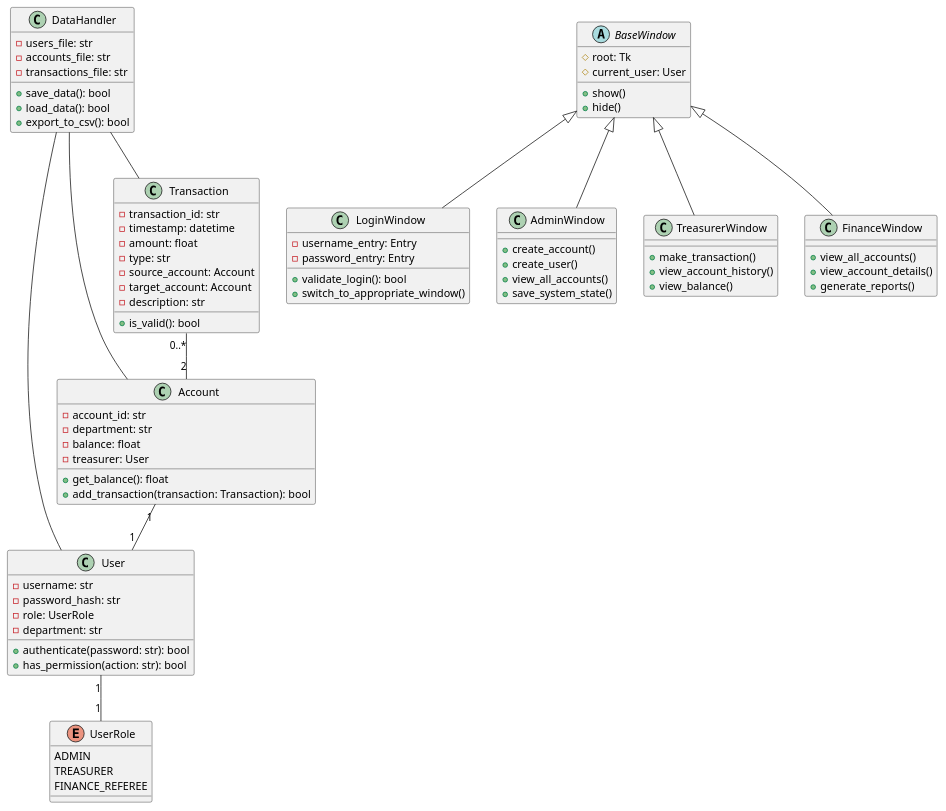
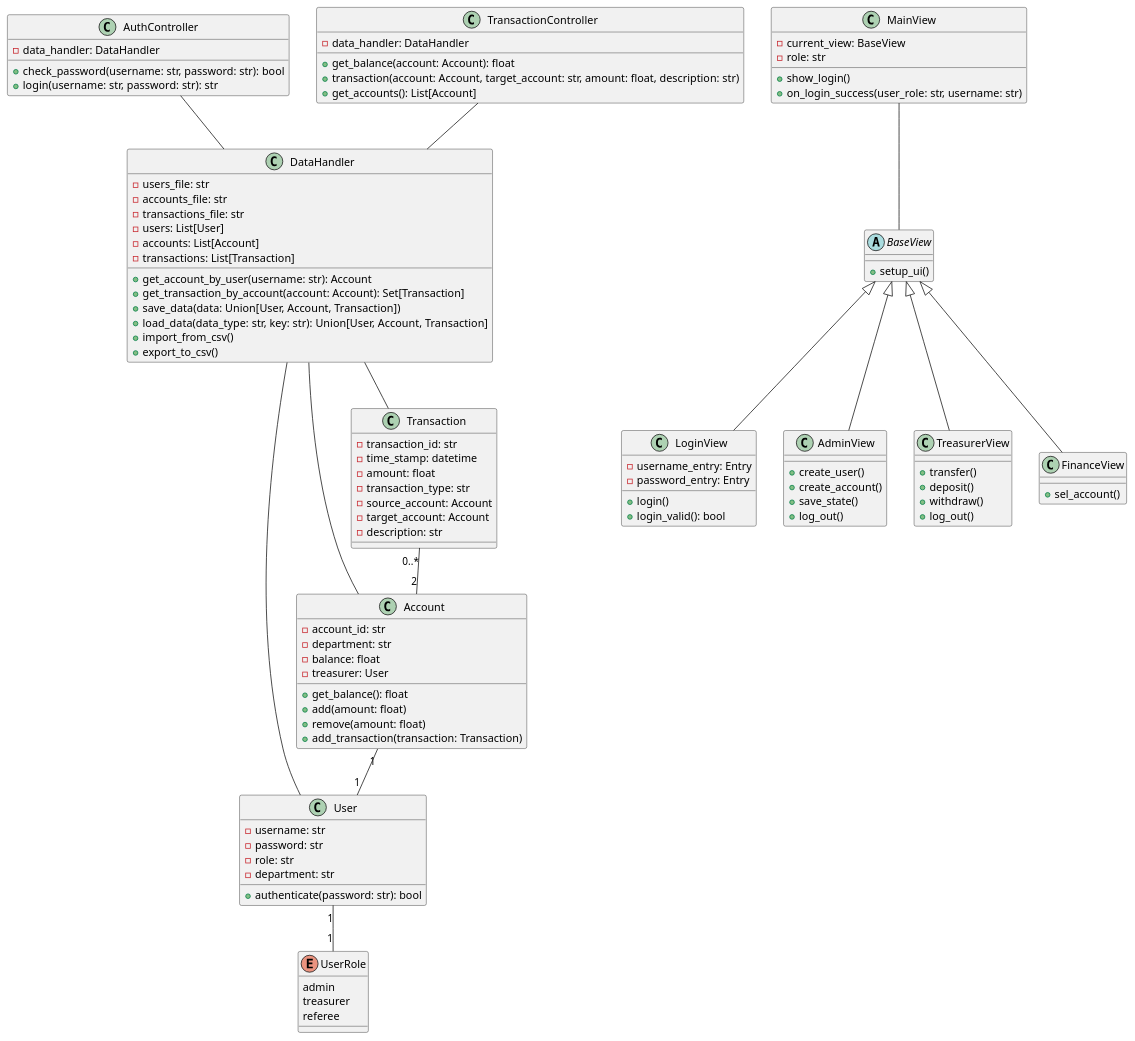
One commit to finn200102/vereinskassen-system-solution changed the diagram in uml.puml. Above: the diagram before and after it, drawn with PlantUML. The commit also changed 3 other files, not shown here.

```diff
--- a/uml.puml
+++ b/uml.puml
@@ -1,95 +1,122 @@
 @startuml Vereinskassen-System
 
 ' Enums
 enum UserRole {
-    ADMIN
-    TREASURER
-    FINANCE_REFEREE
+    admin
+    treasurer
+    referee
 }
 
-' Classes
+' Models
 class User {
     - username: str
-    - password_hash: str
-    - role: UserRole
+    - password: str
+    - role: str
     - department: str
     + authenticate(password: str): bool
-    + has_permission(action: str): bool
 }
 
 class Account {
     - account_id: str
     - department: str
     - balance: float
     - treasurer: User
     + get_balance(): float
-    + add_transaction(transaction: Transaction): bool
+    + add(amount: float)
+    + remove(amount: float)
+    + add_transaction(transaction: Transaction)
 }
 
 class Transaction {
     - transaction_id: str
-    - timestamp: datetime
+    - time_stamp: datetime
     - amount: float
-    - type: str
+    - transaction_type: str
     - source_account: Account
     - target_account: Account
     - description: str
-    + is_valid(): bool
 }
 
+' Controllers
+class AuthController {
+    - data_handler: DataHandler
+    + check_password(username: str, password: str): bool
+    + login(username: str, password: str): str
+}
+
+class TransactionController {
+    - data_handler: DataHandler
+    + get_balance(account: Account): float
+    + transaction(account: Account, target_account: str, amount: float, description: str)
+    + get_accounts(): List[Account]
+}
+
+' Data Handler
 class DataHandler {
     - users_file: str
     - accounts_file: str
     - transactions_file: str
-    + save_data(): bool
-    + load_data(): bool
-    + export_to_csv(): bool
+    - users: List[User]
+    - accounts: List[Account]
+    - transactions: List[Transaction]
+    + get_account_by_user(username: str): Account
+    + get_transaction_by_account(account: Account): Set[Transaction]
+    + save_data(data: Union[User, Account, Transaction])
+    + load_data(data_type: str, key: str): Union[User, Account, Transaction]
+    + import_from_csv()
+    + export_to_csv()
 }
 
-' GUI Classes
-abstract class BaseWindow {
-    # root: Tk
-    # current_user: User
-    + show()
-    + hide()
+' Views
+abstract class BaseView {
+    + setup_ui()
 }
 
-class LoginWindow {
+class MainView {
+    - current_view: BaseView
+    - role: str
+    + show_login()
+    + on_login_success(user_role: str, username: str)
+}
+
+class LoginView {
     - username_entry: Entry
     - password_entry: Entry
-    + validate_login(): bool
-    + switch_to_appropriate_window()
+    + login()
+    + login_valid(): bool
 }
 
-class AdminWindow {
+class AdminView {
+    + create_user()
     + create_account()
-    + create_user()
-    + view_all_accounts()
-    + save_system_state()
+    + save_state()
+    + log_out()
 }
 
-class TreasurerWindow {
-    + make_transaction()
-    + view_account_history()
-    + view_balance()
+class TreasurerView {
+    + transfer()
+    + deposit()
+    + withdraw()
+    + log_out()
 }
 
-class FinanceWindow {
-    + view_all_accounts()
-    + view_account_details()
-    + generate_reports()
+class FinanceView {
+    + sel_account()
 }
 
 ' Relationships
 User "1" -- "1" UserRole
 Account "1" -- "1" User
 Transaction "0..*" -- "2" Account
-BaseWindow <|-- LoginWindow
-BaseWindow <|-- AdminWindow
-BaseWindow <|-- TreasurerWindow
-BaseWindow <|-- FinanceWindow
+BaseView <|-- LoginView
+BaseView <|-- AdminView
+BaseView <|-- TreasurerView
+BaseView <|-- FinanceView
+MainView -- BaseView
+AuthController -- DataHandler
+TransactionController -- DataHandler
 DataHandler -- User
 DataHandler -- Account
 DataHandler -- Transaction
 
 @enduml
```
